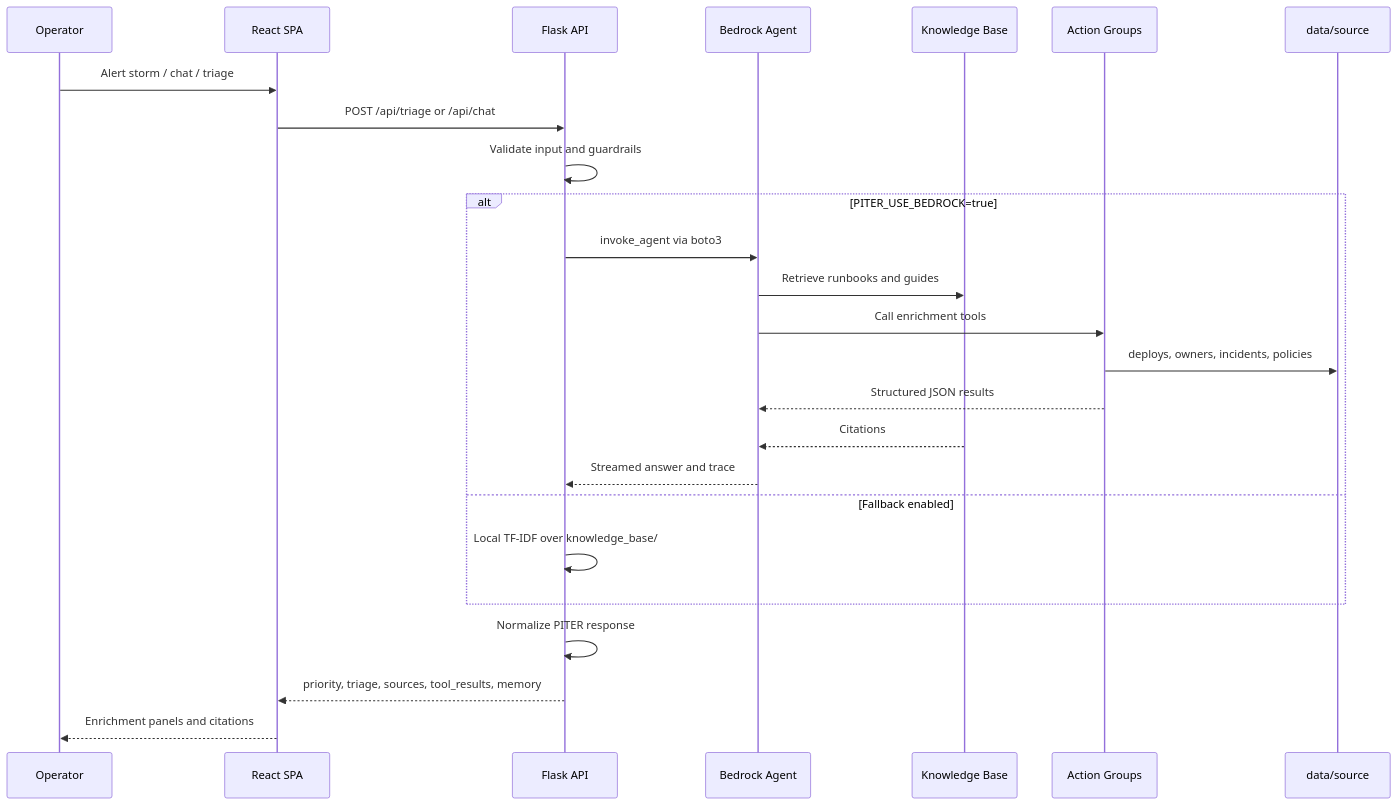
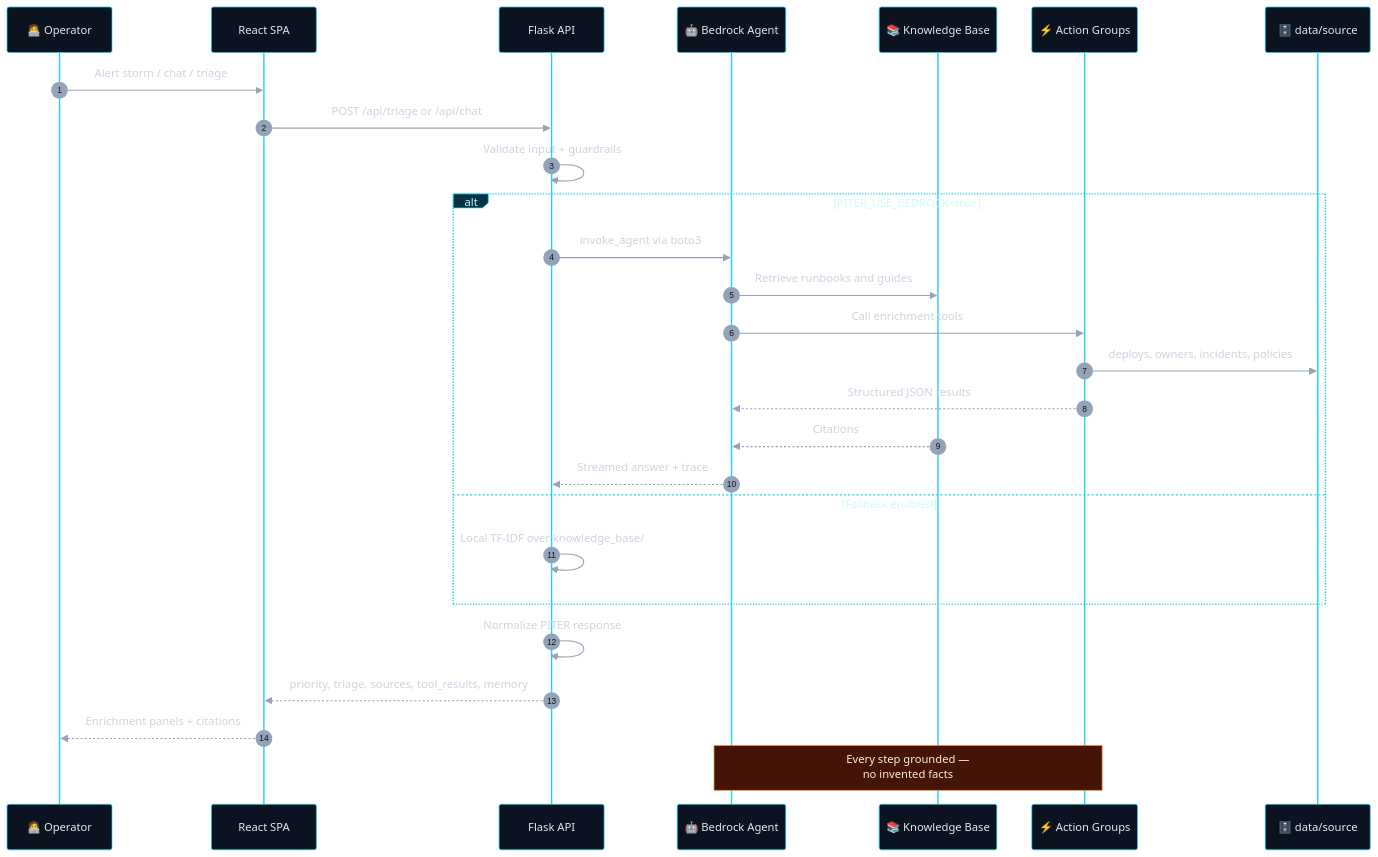
One commit to reem-mor/ai-engineering-portfolio changed the second of 5 diagrams in projects/piter-aiops/README.md. Above: the diagram before and after it, drawn with Mermaid. The commit also changed other lines of this file and 71 other files, not shown here.

````diff
--- a/projects/piter-aiops/README.md
+++ b/projects/piter-aiops/README.md
@@ -168,28 +268,31 @@
 ```mermaid
+%%{init: {'theme':'base','themeVariables':{'primaryColor':'#1e1b4b','primaryTextColor':'#ede9fe','primaryBorderColor':'#8b5cf6','actorBkg':'#0b1220','actorBorder':'#22d3ee','actorTextColor':'#e2e8f0','signalColor':'#94a3b8','signalTextColor':'#cbd5e1','sequenceNumberColor':'#0b1220','labelBoxBkgColor':'#083344','labelBoxBorderColor':'#22d3ee','labelTextColor':'#cffafe','loopTextColor':'#cffafe','noteBkgColor':'#431407','noteBorderColor':'#fb923c','noteTextColor':'#ffedd5'}}}%%
 sequenceDiagram
-  participant Op as Operator
+  autonumber
+  participant Op as 🧑‍💻 Operator
   participant UI as React SPA
   participant API as Flask API
-  participant BR as Bedrock Agent
-  participant KB as Knowledge Base
-  participant AG as Action Groups
-  participant Data as data/source
+  participant BR as 🤖 Bedrock Agent
+  participant KB as 📚 Knowledge Base
+  participant AG as ⚡ Action Groups
+  participant Data as 🗄️ data/source
 
   Op->>UI: Alert storm / chat / triage
   UI->>API: POST /api/triage or /api/chat
-  API->>API: Validate input and guardrails
+  API->>API: Validate input + guardrails
   alt PITER_USE_BEDROCK=true
     API->>BR: invoke_agent via boto3
     BR->>KB: Retrieve runbooks and guides
     BR->>AG: Call enrichment tools
     AG->>Data: deploys, owners, incidents, policies
     AG-->>BR: Structured JSON results
     KB-->>BR: Citations
-    BR-->>API: Streamed answer and trace
+    BR-->>API: Streamed answer + trace
   else Fallback enabled
     API->>API: Local TF-IDF over knowledge_base/
   end
   API->>API: Normalize PITER response
   API-->>UI: priority, triage, sources, tool_results, memory
-  UI-->>Op: Enrichment panels and citations
+  UI-->>Op: Enrichment panels + citations
+  Note over BR,AG: Every step grounded —<br/>no invented facts
 ```
````
